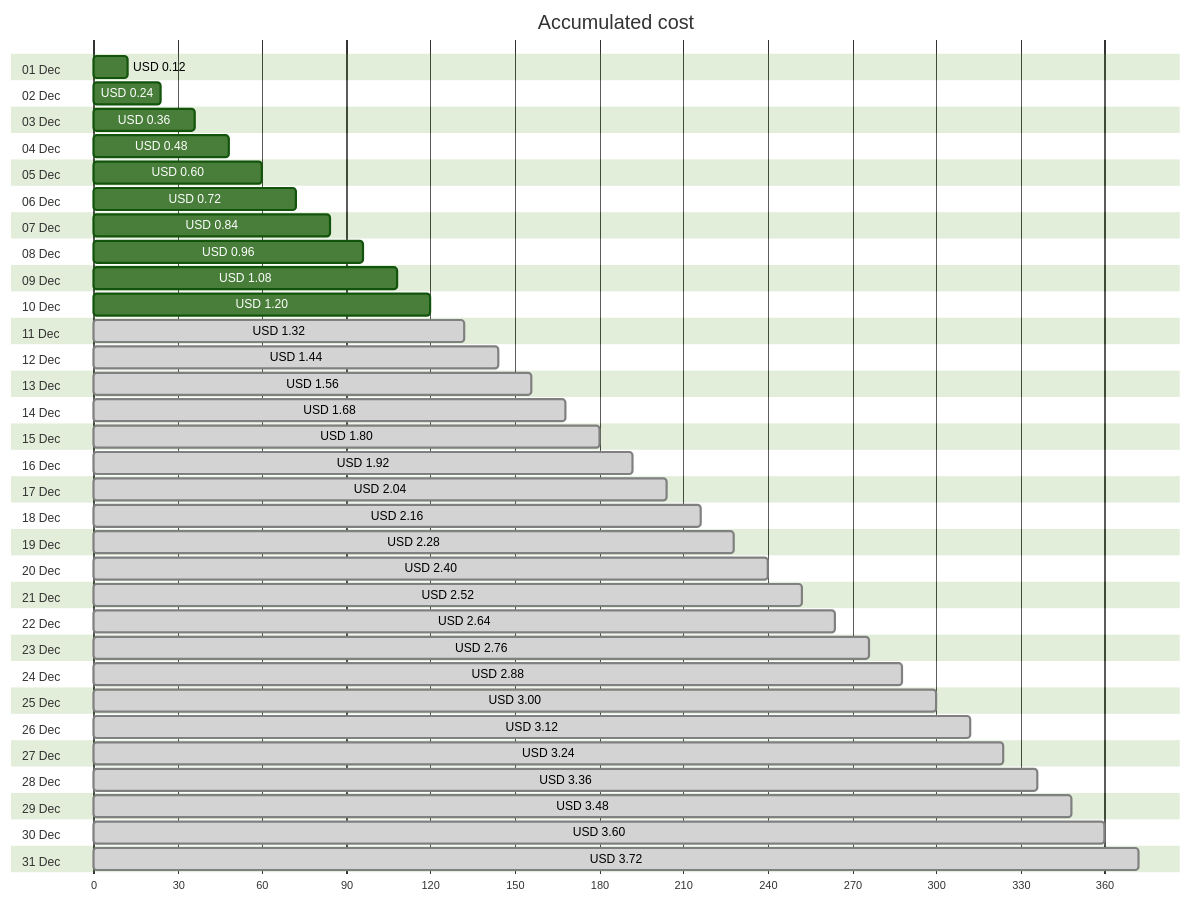
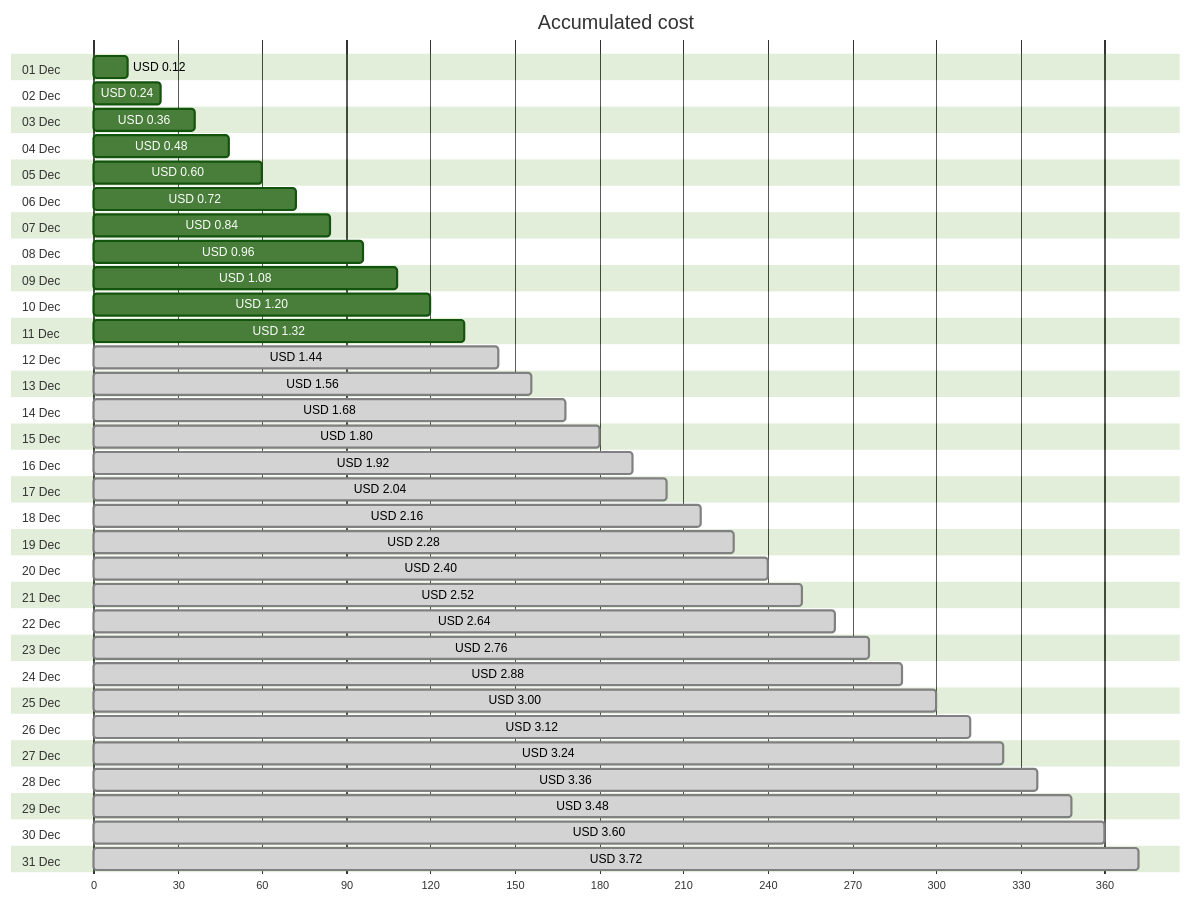
The first of 4 diagrams in cost-reports/personal-network/backup-server-public-ip.md (jpfulton/azure-personal-reports), drawn with Mermaid (forest theme) before and after one commit. The commit also changed other lines of this file and 8 other files, not shown here.

````diff
--- a/cost-reports/personal-network/backup-server-public-ip.md
+++ b/cost-reports/personal-network/backup-server-public-ip.md
@@ -20,68 +20,68 @@
 ```mermaid
 gantt
    title Accumulated cost
    dateFormat  X
    axisFormat %s
    section 01 Dec
    USD 0.12 :0, 12
    section 02 Dec
    USD 0.24 :0, 24
    section 03 Dec
    USD 0.36 :0, 36
    section 04 Dec
    USD 0.48 :0, 48
    section 05 Dec
    USD 0.60 :0, 60
    section 06 Dec
    USD 0.72 :0, 72
    section 07 Dec
    USD 0.84 :0, 84
    section 08 Dec
    USD 0.96 :0, 96
    section 09 Dec
    USD 1.08 :0, 108
    section 10 Dec
    USD 1.20 :0, 120
    section 11 Dec
-   USD 1.32 : done, 0, 132
+   USD 1.32 :0, 132
    section 12 Dec
    USD 1.44 : done, 0, 144
    section 13 Dec
    USD 1.56 : done, 0, 156
    section 14 Dec
    USD 1.68 : done, 0, 168
    section 15 Dec
    USD 1.80 : done, 0, 180
    section 16 Dec
    USD 1.92 : done, 0, 192
    section 17 Dec
    USD 2.04 : done, 0, 204
    section 18 Dec
    USD 2.16 : done, 0, 216
    section 19 Dec
    USD 2.28 : done, 0, 228
    section 20 Dec
    USD 2.40 : done, 0, 240
    section 21 Dec
    USD 2.52 : done, 0, 252
    section 22 Dec
    USD 2.64 : done, 0, 264
    section 23 Dec
    USD 2.76 : done, 0, 276
    section 24 Dec
    USD 2.88 : done, 0, 288
    section 25 Dec
    USD 3.00 : done, 0, 300
    section 26 Dec
    USD 3.12 : done, 0, 312
    section 27 Dec
    USD 3.24 : done, 0, 324
    section 28 Dec
    USD 3.36 : done, 0, 336
    section 29 Dec
    USD 3.48 : done, 0, 348
    section 30 Dec
    USD 3.60 : done, 0, 360
    section 31 Dec
    USD 3.72 : done, 0, 372
 ```
````
